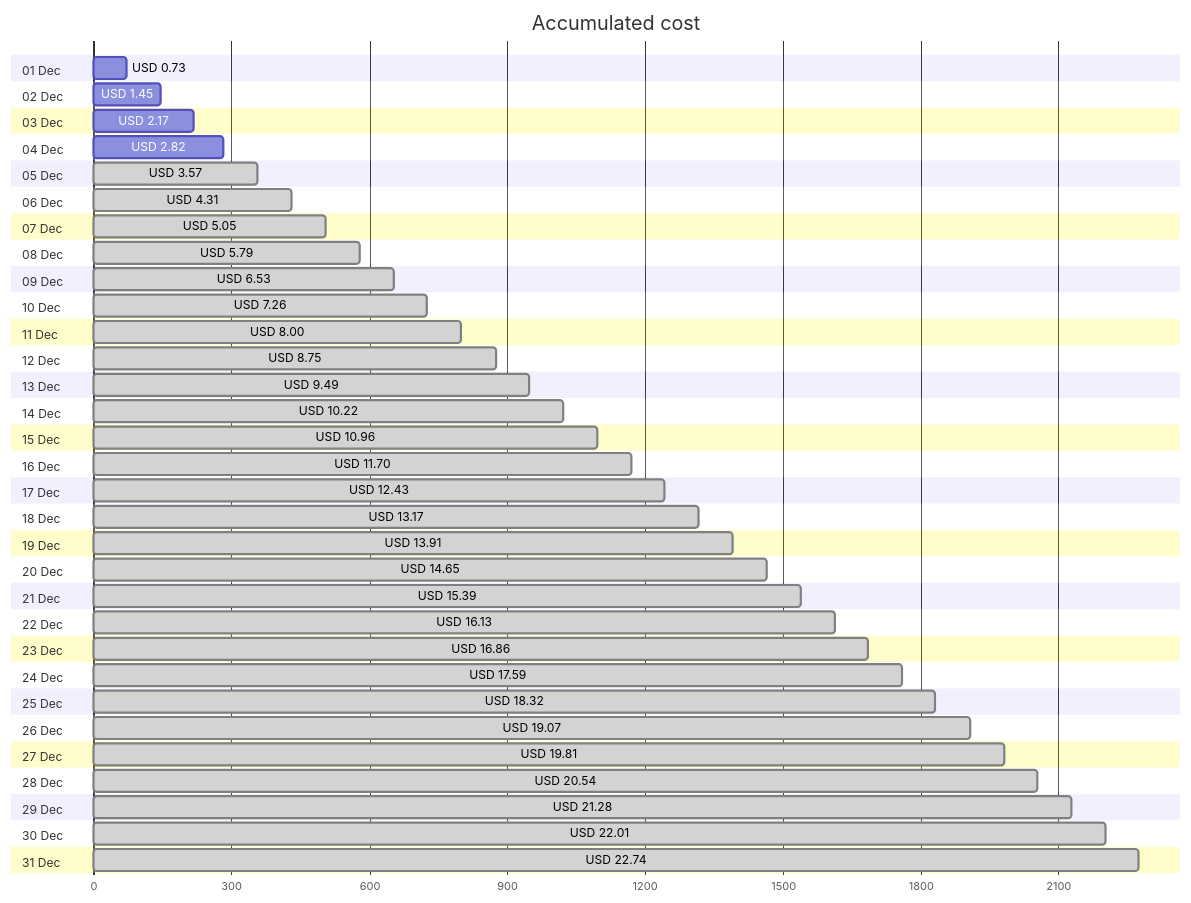
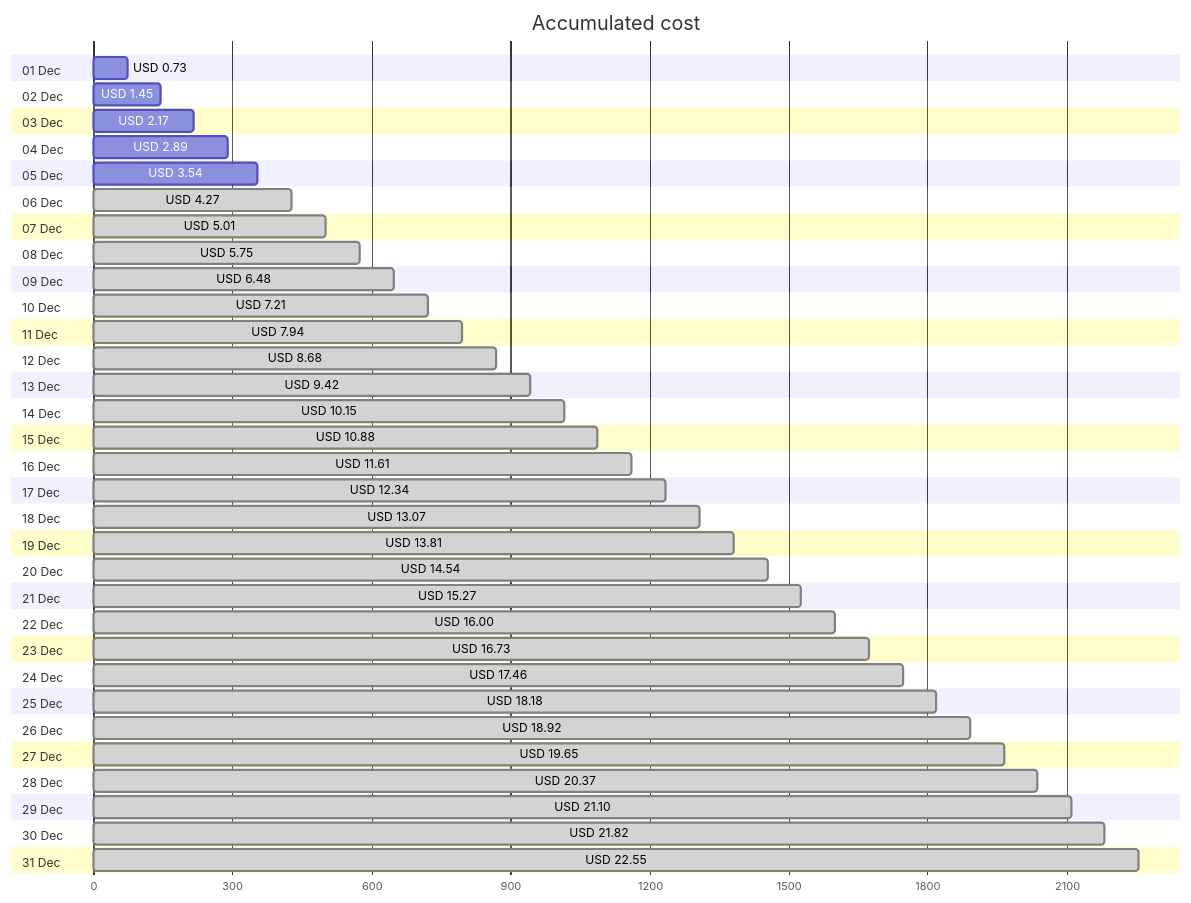
The first of 4 diagrams in cost-reports/personal-network/backup-server-data-disk.md (jpfulton/azure-personal-reports), drawn with Mermaid before and after one commit. The commit also changed other lines of this file and 8 other files, not shown here.

````diff
--- a/cost-reports/personal-network/backup-server-data-disk.md
+++ b/cost-reports/personal-network/backup-server-data-disk.md
@@ -20,68 +20,68 @@
 ```mermaid
 gantt
    title Accumulated cost
    dateFormat  X
    axisFormat %s
    section 01 Dec
    USD 0.73 :0, 73
    section 02 Dec
    USD 1.45 :0, 145
    section 03 Dec
    USD 2.17 :0, 217
    section 04 Dec
-   USD 2.82 :0, 282
+   USD 2.89 :0, 289
    section 05 Dec
-   USD 3.57 : done, 0, 357
+   USD 3.54 :0, 354
    section 06 Dec
-   USD 4.31 : done, 0, 431
+   USD 4.27 : done, 0, 427
    section 07 Dec
-   USD 5.05 : done, 0, 505
+   USD 5.01 : done, 0, 501
    section 08 Dec
-   USD 5.79 : done, 0, 579
+   USD 5.75 : done, 0, 575
    section 09 Dec
-   USD 6.53 : done, 0, 653
+   USD 6.48 : done, 0, 648
    section 10 Dec
-   USD 7.26 : done, 0, 726
+   USD 7.21 : done, 0, 721
    section 11 Dec
-   USD 8.00 : done, 0, 800
+   USD 7.94 : done, 0, 794
    section 12 Dec
-   USD 8.75 : done, 0, 875
+   USD 8.68 : done, 0, 868
    section 13 Dec
-   USD 9.49 : done, 0, 949
+   USD 9.42 : done, 0, 942
    section 14 Dec
-   USD 10.22 : done, 0, 1022
+   USD 10.15 : done, 0, 1015
    section 15 Dec
-   USD 10.96 : done, 0, 1096
+   USD 10.88 : done, 0, 1088
    section 16 Dec
-   USD 11.70 : done, 0, 1170
+   USD 11.61 : done, 0, 1161
    section 17 Dec
-   USD 12.43 : done, 0, 1243
+   USD 12.34 : done, 0, 1234
    section 18 Dec
-   USD 13.17 : done, 0, 1317
+   USD 13.07 : done, 0, 1307
    section 19 Dec
-   USD 13.91 : done, 0, 1391
+   USD 13.81 : done, 0, 1381
    section 20 Dec
-   USD 14.65 : done, 0, 1465
+   USD 14.54 : done, 0, 1454
    section 21 Dec
-   USD 15.39 : done, 0, 1539
+   USD 15.27 : done, 0, 1527
    section 22 Dec
-   USD 16.13 : done, 0, 1613
+   USD 16.00 : done, 0, 1600
    section 23 Dec
-   USD 16.86 : done, 0, 1686
+   USD 16.73 : done, 0, 1673
    section 24 Dec
-   USD 17.59 : done, 0, 1759
+   USD 17.46 : done, 0, 1746
    section 25 Dec
-   USD 18.32 : done, 0, 1832
+   USD 18.18 : done, 0, 1818
    section 26 Dec
-   USD 19.07 : done, 0, 1907
+   USD 18.92 : done, 0, 1892
    section 27 Dec
-   USD 19.81 : done, 0, 1981
+   USD 19.65 : done, 0, 1965
    section 28 Dec
-   USD 20.54 : done, 0, 2054
+   USD 20.37 : done, 0, 2037
    section 29 Dec
-   USD 21.28 : done, 0, 2128
+   USD 21.10 : done, 0, 2110
    section 30 Dec
-   USD 22.01 : done, 0, 2201
+   USD 21.82 : done, 0, 2182
    section 31 Dec
-   USD 22.74 : done, 0, 2274
+   USD 22.55 : done, 0, 2255
 ```
````
